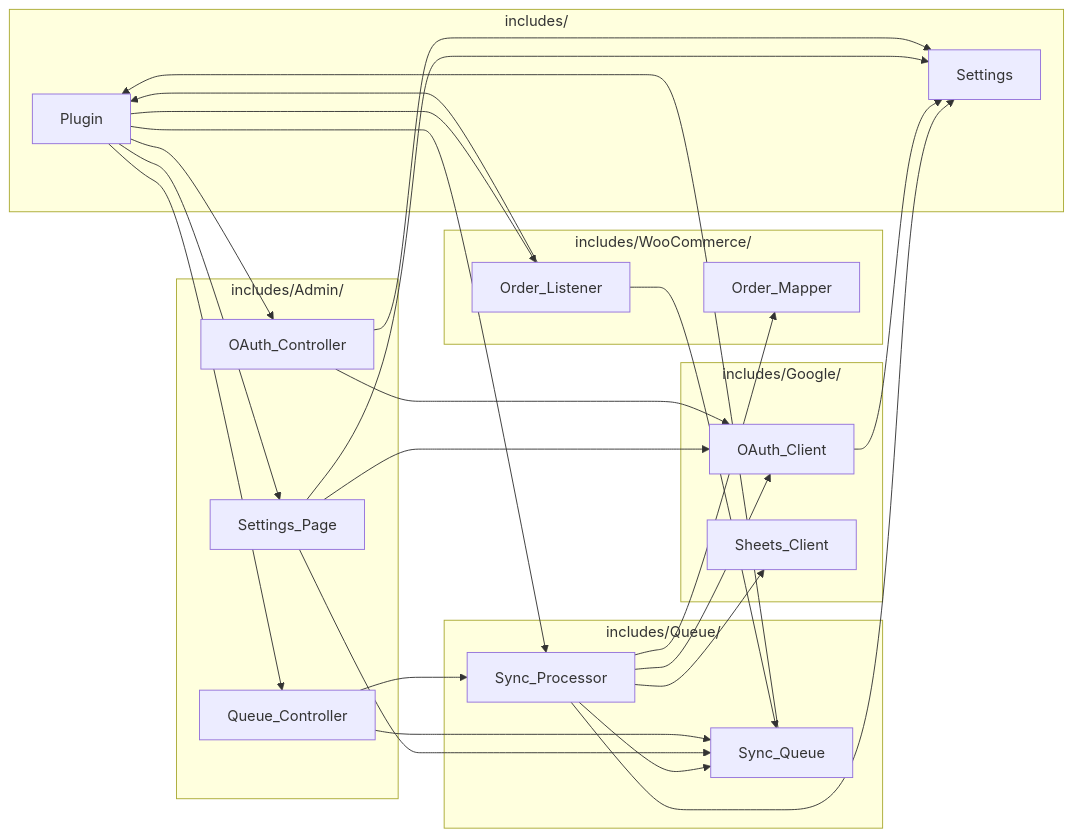
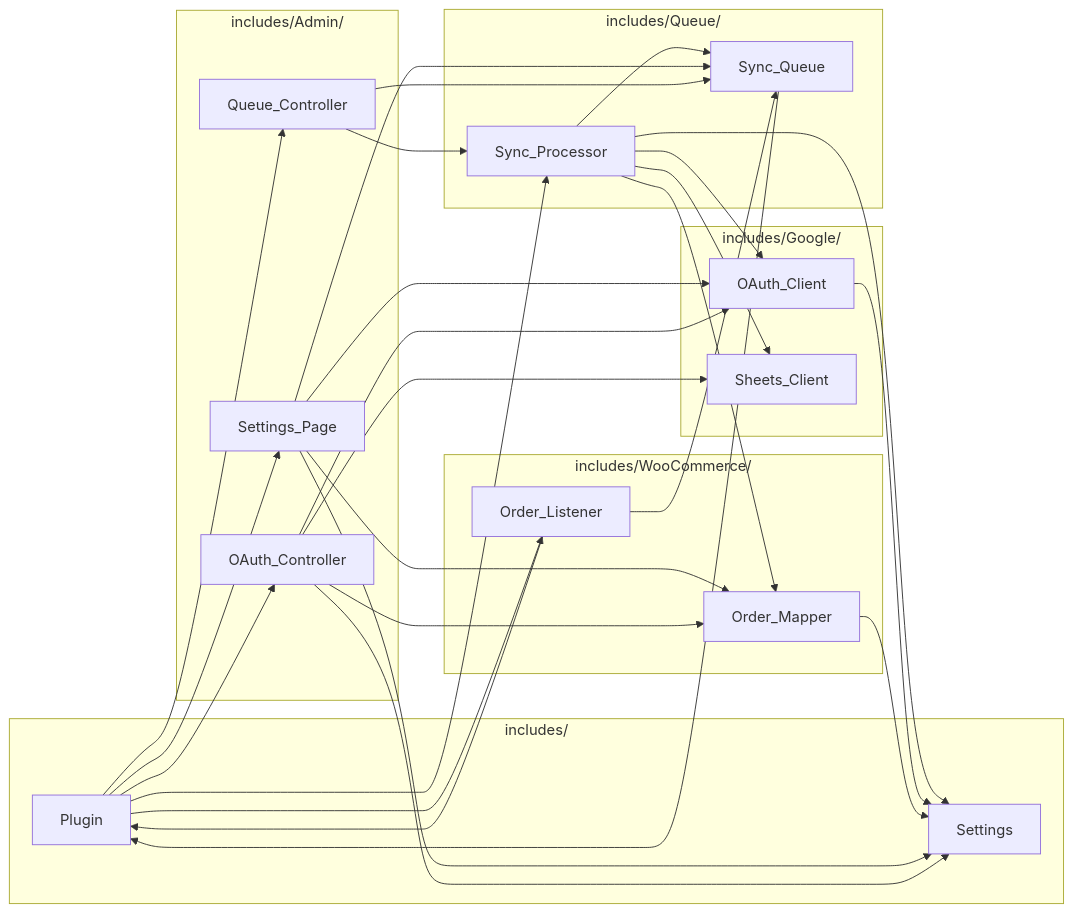
One commit to amirdev99/woo-to-google-sheets changed the diagram in docs/01-architecture.md. Above: the diagram before and after it, drawn with Mermaid. The commit also changed other lines of this file and 8 other files, not shown here.

````diff
--- a/docs/01-architecture.md
+++ b/docs/01-architecture.md
@@ -221,46 +223,50 @@
 ```mermaid
 flowchart LR
     subgraph root["includes/"]
         S["Settings"]
         P["Plugin"]
     end
     subgraph wc["includes/WooCommerce/"]
         OL["Order_Listener"]
         OM["Order_Mapper"]
     end
     subgraph q["includes/Queue/"]
         SQ["Sync_Queue"]
         SP["Sync_Processor"]
     end
     subgraph g["includes/Google/"]
         OC["OAuth_Client"]
         SC["Sheets_Client"]
     end
     subgraph adm["includes/Admin/"]
         SPG["Settings_Page"]
         OCT["OAuth_Controller"]
         QCT["Queue_Controller"]
     end
 
     OL --> SQ
     OL --> P
     SP --> SQ
     SP --> OM
     SP --> OC
     SP --> SC
     SP --> S
     SQ --> P
     OC --> S
+    OM --> S
     SPG --> S
     SPG --> OC
     SPG --> SQ
+    SPG --> OM
     OCT --> S
     OCT --> OC
+    OCT --> SC
+    OCT --> OM
     QCT --> SQ
     QCT --> SP
     P --> OL
     P --> SP
     P --> SPG
     P --> OCT
     P --> QCT
 ```
````
